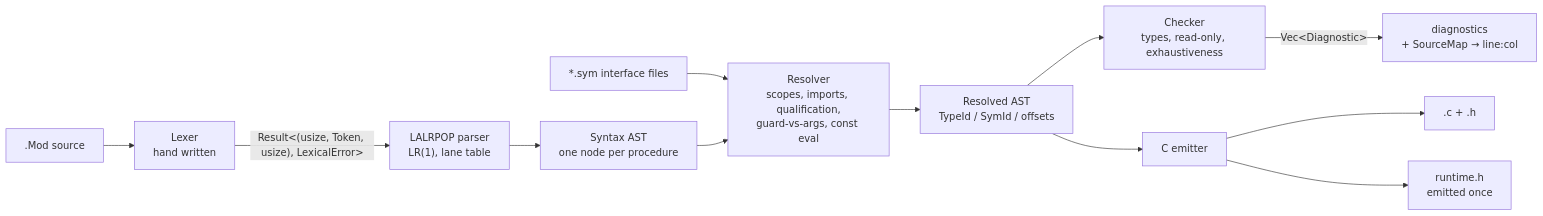
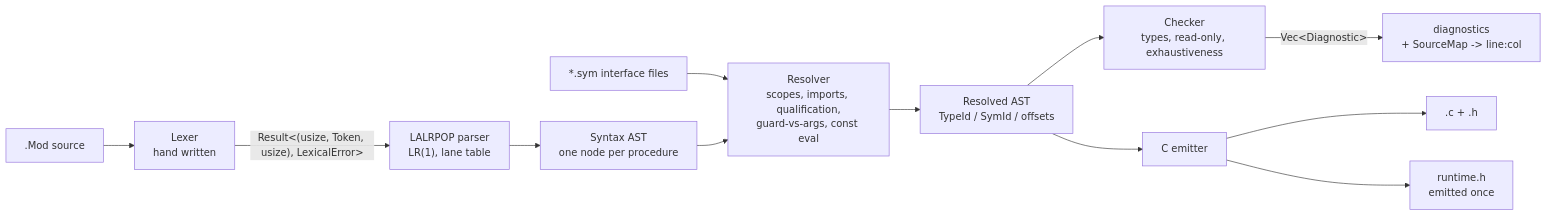
Before and after one commit to bingordo/oberon: the diagram in oberon/DESIGN.md, drawn with Mermaid. The commit also changed other lines of this file and 36 other files, not shown here.

````diff
--- a/oberon/DESIGN.md
+++ b/oberon/DESIGN.md
@@ -129,14 +127,14 @@
 ```mermaid
 flowchart LR
   SRC[".Mod source"] --> LEX["Lexer<br/>hand written"]
   LEX -->|"Result&lt;(usize, Token, usize), LexicalError&gt;"| PAR["LALRPOP parser<br/>LR(1), lane table"]
   PAR --> SA["Syntax AST<br/>one node per procedure"]
   IFACE["*.sym interface files"] --> RES
   SA --> RES["Resolver<br/>scopes, imports, qualification,<br/>guard-vs-args, const eval"]
   RES --> RA["Resolved AST<br/>TypeId / SymId / offsets"]
   RA --> CHK["Checker<br/>types, read-only, exhaustiveness"]
-  CHK -->|"Vec&lt;Diagnostic&gt;"| DIAG["diagnostics<br/>+ SourceMap → line:col"]
+  CHK -->|"Vec&lt;Diagnostic&gt;"| DIAG["diagnostics<br/>+ SourceMap -> line:col"]
   RA --> CG["C emitter"]
   CG --> OUT[".c + .h"]
   CG --> RT["runtime.h<br/>emitted once"]
 ```
````
